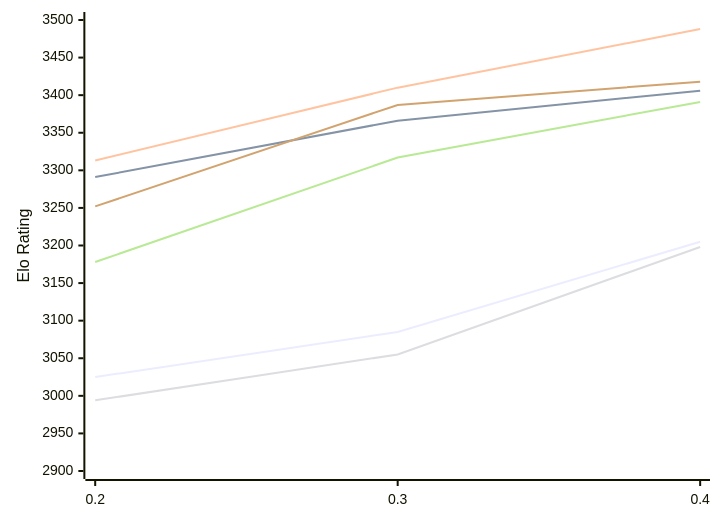
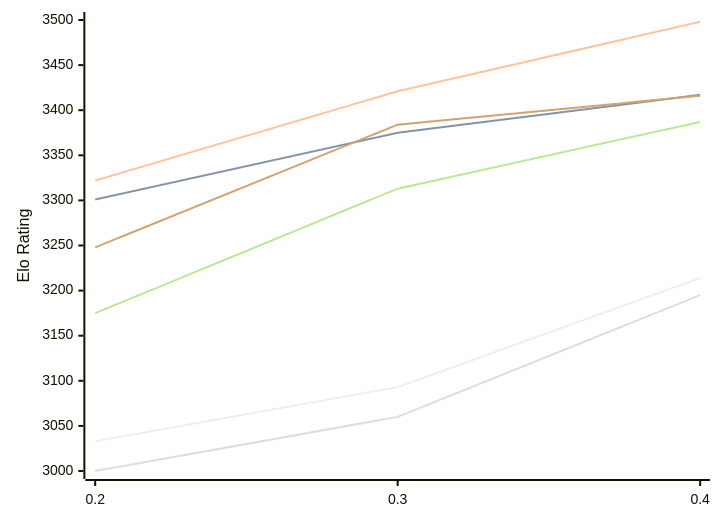
One commit to computer-chess-index/cci changed the diagram in engines/StockDory.md. Above: the diagram before and after it, drawn with Mermaid. The commit also changed other lines of this file, not shown here.

Commit message:
Update CCI Ratings (ELO VLTC) - 2026-11-16

````diff
--- a/engines/StockDory.md
+++ b/engines/StockDory.md
@@ -51,12 +51,12 @@
 ```mermaid
 %%{init: {"theme":"base","themeVariables":{"seriesColors:['#a3a3a3','#222221','#faa371']}}}%%
 xychart-beta
   x-axis ["0.2", "0.3", "0.4"]
-  y-axis "Elo Rating" 2900 --> 3500
-  line "E1: STC (8.0+0.08s)" [3025, 3085, 3205]
-  line "E1: LTC (60.0+0.60s)" [3291, 3366, 3406]
-  line "E1: VLTC (2m24s+1.12s)" [3313, 3410, 3488]
-  line "P1: STC (8.0+0.08s)" [2994, 3055, 3198]
-  line "P1: LTC (60.0+0.60s)" [3178, 3317, 3391]
-  line "P1: VLTC (2m24s+1.12s)" [3252, 3387, 3418]
+  y-axis "Elo Rating" 3000 --> 3500
+  line "E1: STC (8.0+0.08s)" [3033, 3093, 3214]
+  line "E1: LTC (60.0+0.60s)" [3301, 3375, 3417]
+  line "E1: VLTC (2m24s+1.12s)" [3322, 3421, 3498]
+  line "P1: STC (8.0+0.08s)" [3000, 3060, 3195]
+  line "P1: LTC (60.0+0.60s)" [3175, 3313, 3387]
+  line "P1: VLTC (2m24s+1.12s)" [3248, 3384, 3416]
 ```
````
